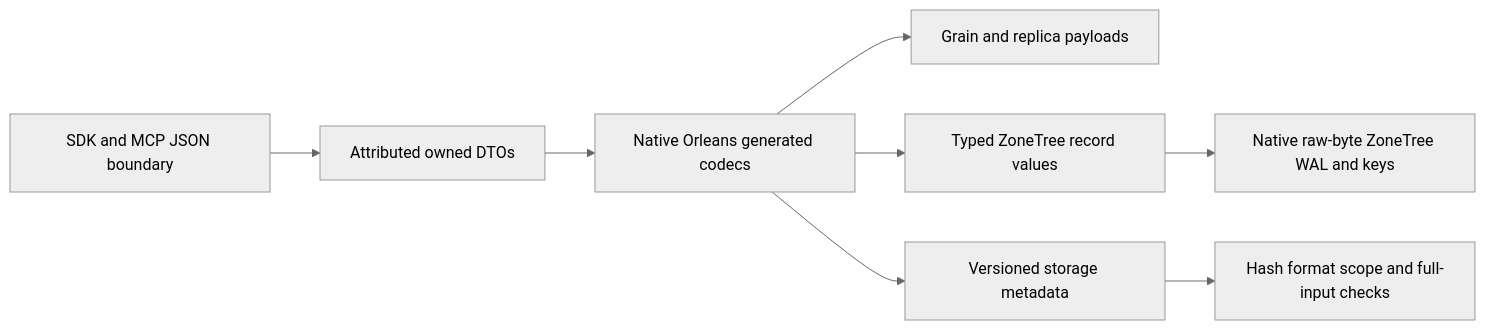
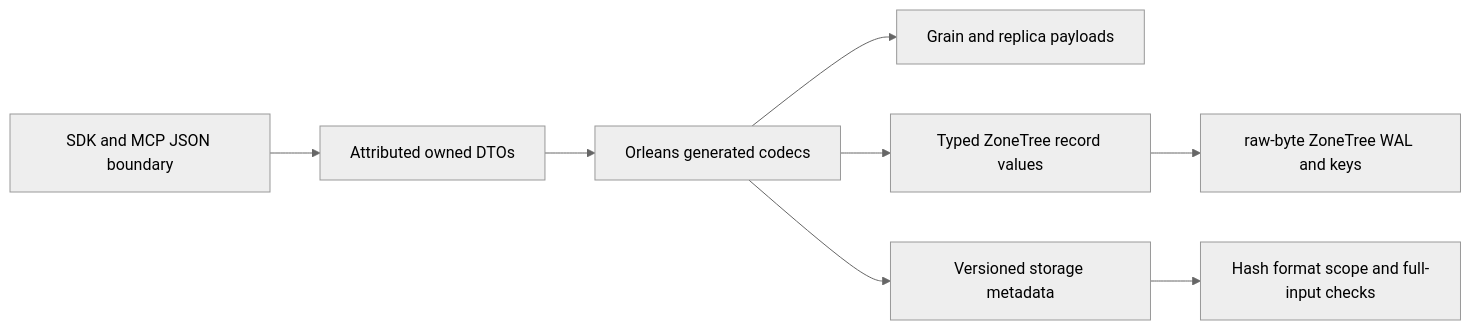
The diagram in docs/Features/InternalSerialization.md (managedcode/KeyLoad), drawn with Mermaid (neutral theme) before and after one commit. The commit also changed other lines of this file and 9016 other files, not shown here.

````diff
--- a/docs/Features/InternalSerialization.md
+++ b/docs/Features/InternalSerialization.md
@@ -5,10 +5,10 @@
 ```mermaid
 flowchart LR
     Public[SDK and MCP JSON boundary] --> Types[Attributed owned DTOs]
-    Types --> Native[Native Orleans generated codecs]
-    Native --> Grain[Grain and replica payloads]
-    Native --> Values[Typed ZoneTree record values]
-    Native --> Metadata[Versioned storage metadata]
-    Values --> Raw[Native raw-byte ZoneTree WAL and keys]
+    Types --> Execution[Orleans generated codecs]
+    Execution --> Grain[Grain and replica payloads]
+    Execution --> Values[Typed ZoneTree record values]
+    Execution --> Metadata[Versioned storage metadata]
+    Values --> Raw[raw-byte ZoneTree WAL and keys]
     Metadata --> Validate[Hash format scope and full-input checks]
 ```
````
